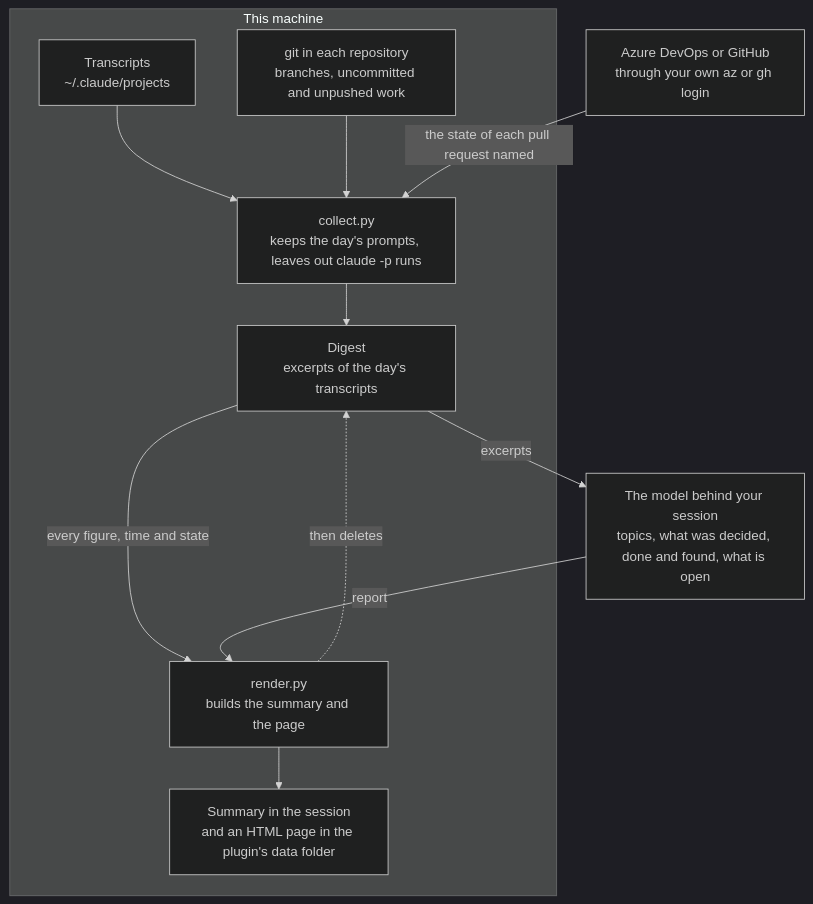
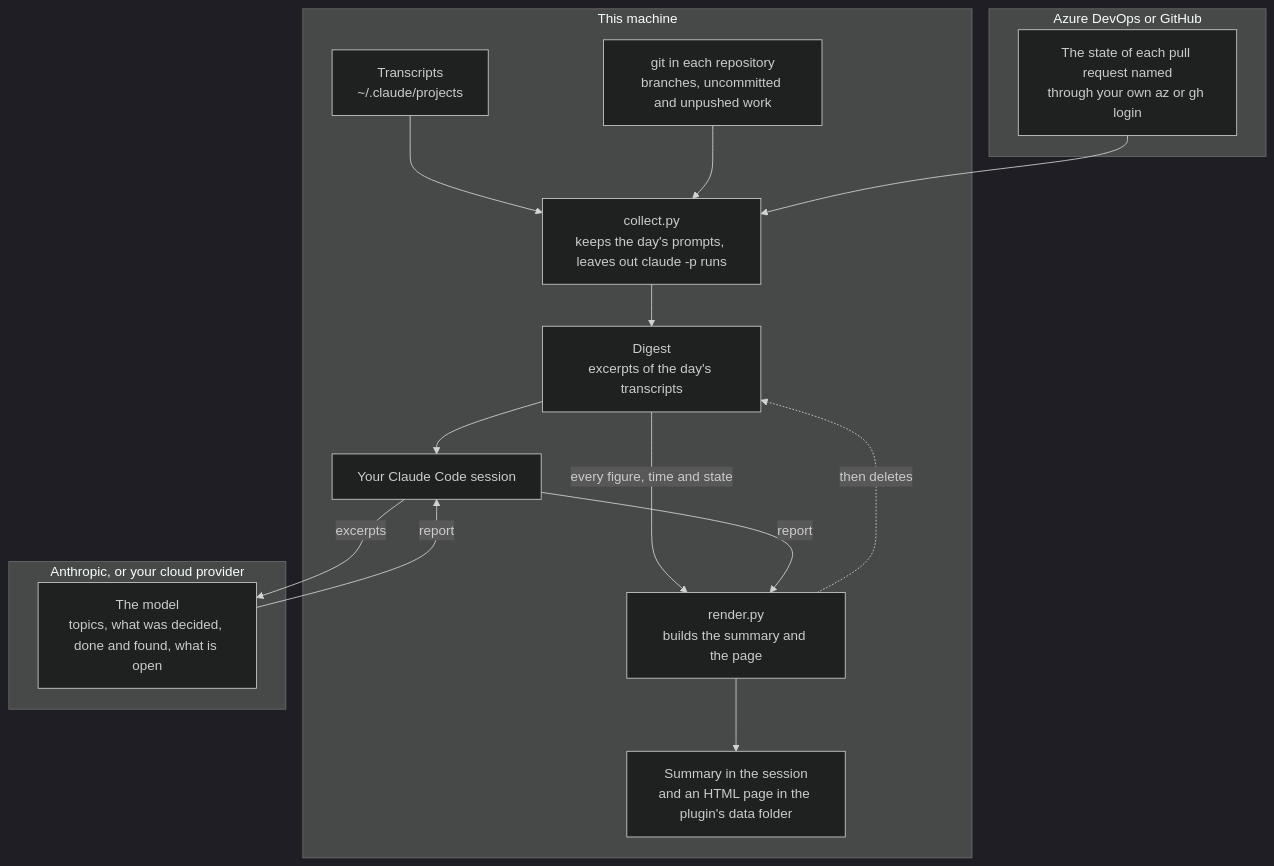
The diagram in plugins/remind-me/README.md (softwareone-platform/tundra), drawn with Mermaid (dark theme) before and after one commit. The commit also changed other lines of this file and 11 other files, not shown here.

````diff
--- a/plugins/remind-me/README.md
+++ b/plugins/remind-me/README.md
@@ -35,14 +40,22 @@
 ```mermaid
 flowchart TB
     subgraph machine["This machine"]
         transcripts["Transcripts<br>~/.claude/projects"] --> collect
         git["git in each repository<br>branches, uncommitted and unpushed work"] --> collect
         collect["collect.py<br>keeps the day's prompts, leaves out claude -p runs"] --> digest["Digest<br>excerpts of the day's transcripts"]
+        digest --> session["Your Claude Code session"]
         digest -- every figure, time and state --> render["render.py<br>builds the summary and the page"]
+        session -- report --> render
         render --> page["Summary in the session<br>and an HTML page in the plugin's data folder"]
         render -. then deletes .-> digest
     end
-    remote["Azure DevOps or GitHub<br>through your own az or gh login"] -- the state of each pull request named --> collect
-    digest -- excerpts --> model["The model behind your session<br>topics, what was decided, done and found, what is open"]
-    model -- report --> render
+    subgraph provider["Anthropic, or your cloud provider"]
+        model["The model<br>topics, what was decided, done and found, what is open"]
+    end
+    subgraph host["Azure DevOps or GitHub"]
+        remote["The state of each pull request named<br>through your own az or gh login"]
+    end
+    session -- excerpts --> model
+    model -- report --> session
+    remote --> collect
 ```
````
